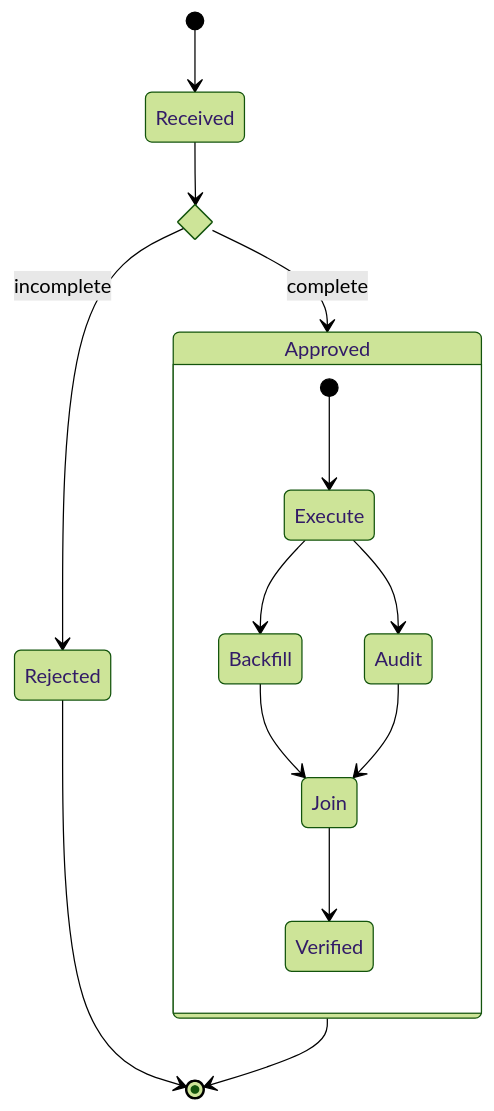
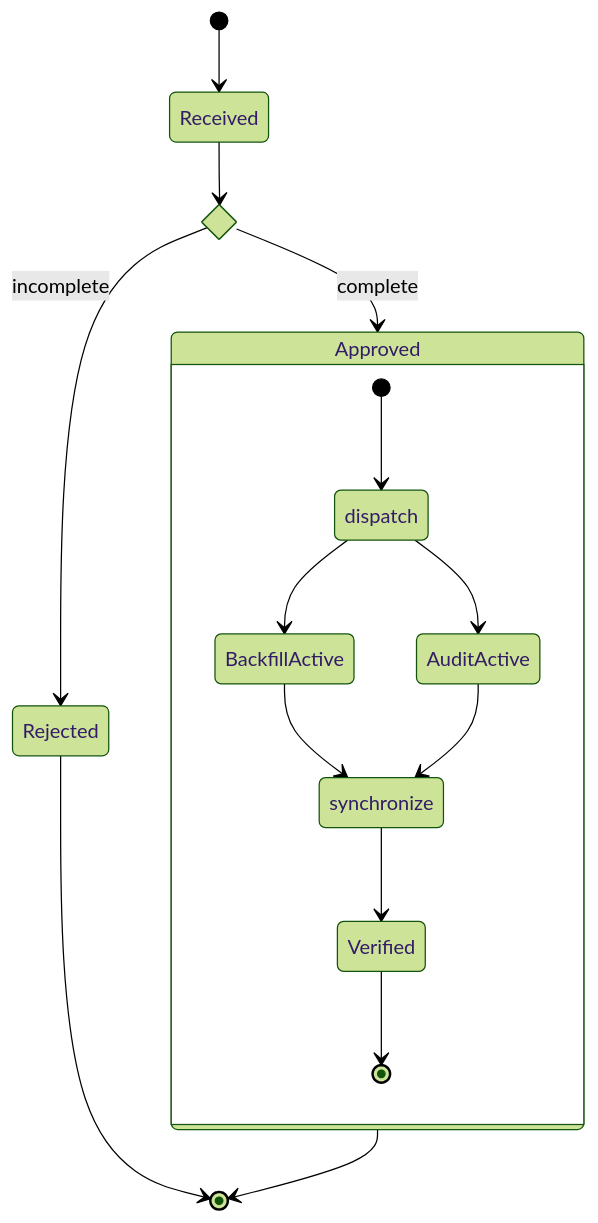
One commit to mols3131d/mols-agent-assets changed the second of 5 diagrams in src/rulesync/.rulesync/skills/mols-mermaid-diagram/references/examples/state-diagram.md. Above: the diagram before and after it, drawn with Mermaid (forest theme). The commit also changed other lines of this file and 27 other files, not shown here.

Commit message:
docs(mermaid): diagram examples 단계별 고도화

````diff
--- a/src/rulesync/.rulesync/skills/mols-mermaid-diagram/references/examples/state-diagram.md
+++ b/src/rulesync/.rulesync/skills/mols-mermaid-diagram/references/examples/state-diagram.md
@@ -17,22 +43,23 @@
 ```mermaid
 stateDiagram-v2
     state evidence_check <<choice>>
     [*] --> Received
     Received --> evidence_check
     evidence_check --> Rejected: incomplete
     evidence_check --> Approved: complete
 
     state Approved {
-        [*] --> Execute
-        state Execute <<fork>>
-        Execute --> Backfill
-        Execute --> Audit
-        Backfill --> Join
-        Audit --> Join
-        state Join <<join>>
-        Join --> Verified
+        [*] --> dispatch
+        state dispatch <<fork>>
+        dispatch --> BackfillActive
+        dispatch --> AuditActive
+        BackfillActive --> synchronize
+        AuditActive --> synchronize
+        state synchronize <<join>>
+        synchronize --> Verified
+        Verified --> [*]
     }
 
     Rejected --> [*]
     Approved --> [*]
 ```
````
